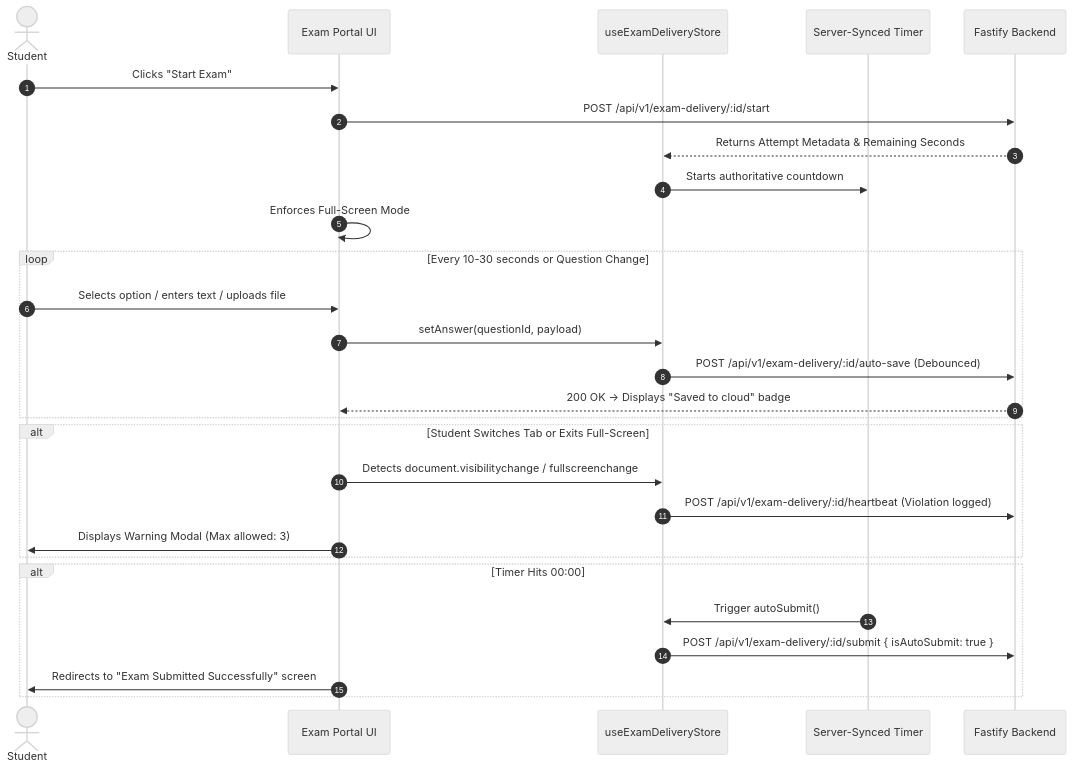
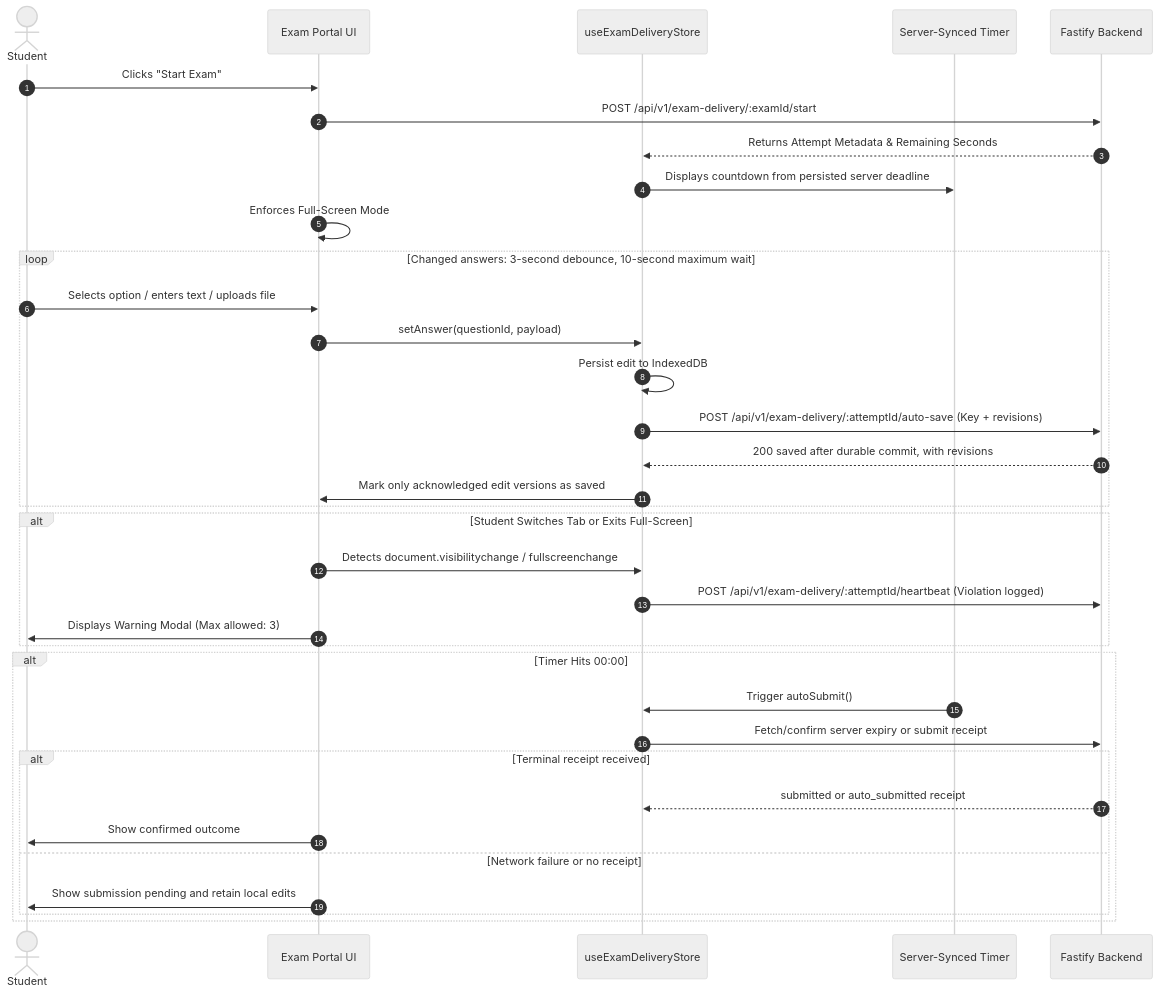
One commit to arshad-km-codepoint/online-class-and-assesment-phase1 changed the third of 3 diagrams in docs/PRD_FRONTEND.md. Above: the diagram before and after it, drawn with Mermaid (neutral theme). The commit also changed other lines of this file and 6 other files, not shown here.

Commit message:
refactor: simplify backend PRD architecture, update technology stack, and revise capacity documentation

````diff
--- a/docs/PRD_FRONTEND.md
+++ b/docs/PRD_FRONTEND.md
@@ -283,34 +280,41 @@
 ```mermaid
 sequenceDiagram
     autonumber
     actor S as Student
     participant UI as Exam Portal UI
     participant Store as useExamDeliveryStore
     participant Timer as Server-Synced Timer
     participant API as Fastify Backend
 
     S->>UI: Clicks "Start Exam"
-    UI->>API: POST /api/v1/exam-delivery/:id/start
+    UI->>API: POST /api/v1/exam-delivery/:examId/start
     API-->>Store: Returns Attempt Metadata & Remaining Seconds
-    Store->>Timer: Starts authoritative countdown
+    Store->>Timer: Displays countdown from persisted server deadline
     UI->>UI: Enforces Full-Screen Mode
 
-    loop Every 10-30 seconds or Question Change
+    loop Changed answers: 3-second debounce, 10-second maximum wait
         S->>UI: Selects option / enters text / uploads file
         UI->>Store: setAnswer(questionId, payload)
-        Store->>API: POST /api/v1/exam-delivery/:id/auto-save (Debounced)
-        API-->>UI: 200 OK -> Displays "Saved to cloud" badge
+        Store->>Store: Persist edit to IndexedDB
+        Store->>API: POST /api/v1/exam-delivery/:attemptId/auto-save (Key + revisions)
+        API-->>Store: 200 saved after durable commit, with revisions
+        Store->>UI: Mark only acknowledged edit versions as saved
     end
 
     alt Student Switches Tab or Exits Full-Screen
         UI->>Store: Detects document.visibilitychange / fullscreenchange
-        Store->>API: POST /api/v1/exam-delivery/:id/heartbeat (Violation logged)
+        Store->>API: POST /api/v1/exam-delivery/:attemptId/heartbeat (Violation logged)
         UI->>S: Displays Warning Modal (Max allowed: 3)
     end
 
     alt Timer Hits 00:00
         Timer->>Store: Trigger autoSubmit()
-        Store->>API: POST /api/v1/exam-delivery/:id/submit { isAutoSubmit: true }
-        UI->>S: Redirects to "Exam Submitted Successfully" screen
+        Store->>API: Fetch/confirm server expiry or submit receipt
+        alt Terminal receipt received
+            API-->>Store: submitted or auto_submitted receipt
+            UI->>S: Show confirmed outcome
+        else Network failure or no receipt
+            UI->>S: Show submission pending and retain local edits
+        end
     end
 ```
````
